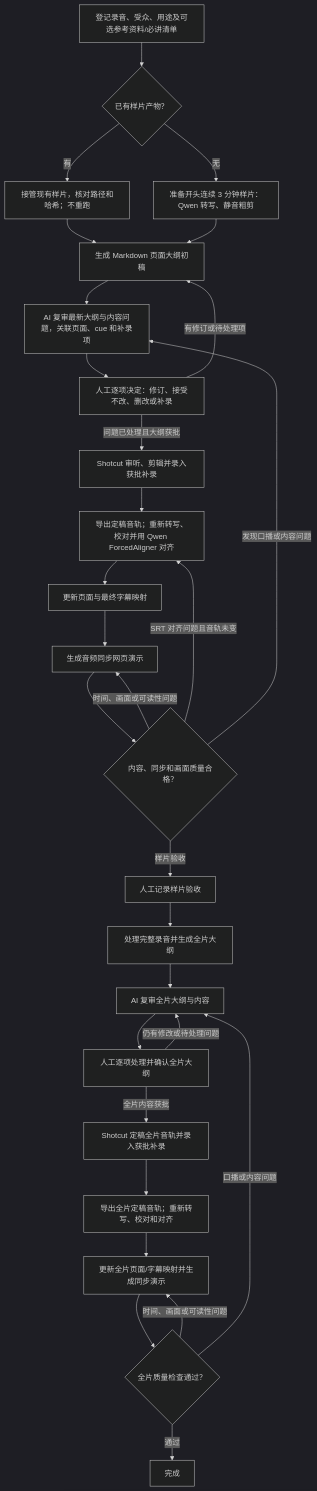
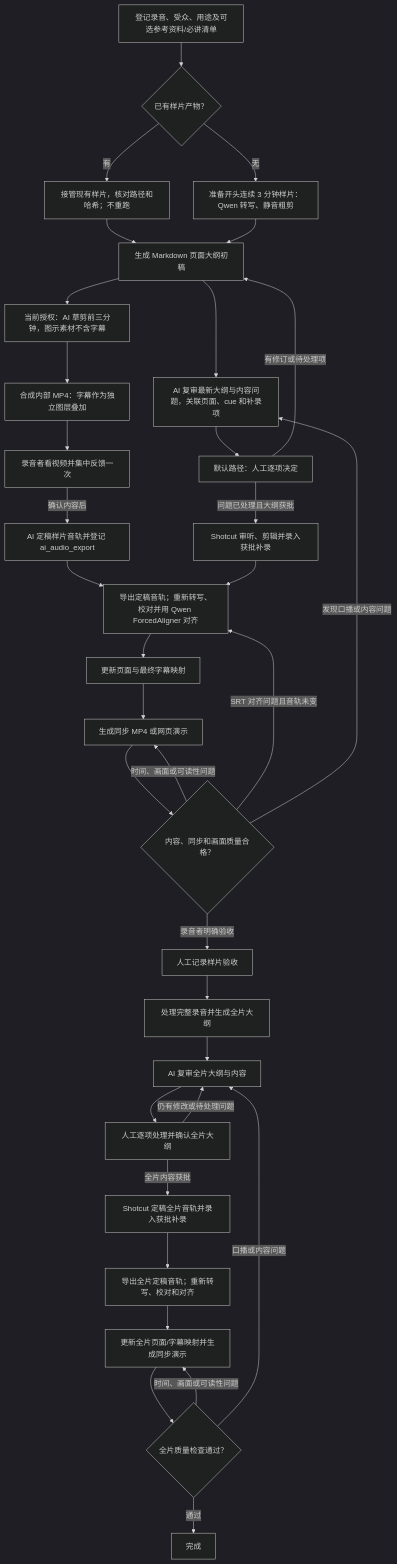
One commit to shiphex/SDD changed the diagram in .agent/skills/video-workflow/references/音频优先讲解视频工作流图.md. Above: the diagram before and after it, drawn with Mermaid (dark theme). The commit also changed other lines of this file and 12 other files, not shown here.

```diff
--- a/.agent/skills/video-workflow/references/音频优先讲解视频工作流图.md
+++ b/.agent/skills/video-workflow/references/音频优先讲解视频工作流图.md
@@ -5,31 +5,36 @@
 ~~~mermaid
 flowchart TD
     A["登记录音、受众、用途及可选参考资料/必讲清单"] --> B{"已有样片产物？"}
     B -->|有| C["接管现有样片，核对路径和哈希；不重跑"]
     B -->|无| D["准备开头连续 3 分钟样片：Qwen 转写、静音粗剪"]
     C --> E["生成 Markdown 页面大纲初稿"]
     D --> E
     E --> F["AI 复审最新大纲与内容问题，关联页面、cue 和补录项"]
-    F --> G["人工逐项决定：修订、接受不改、删改或补录"]
+    F --> G["默认路径：人工逐项决定"]
     G -->|有修订或待处理项| E
     G -->|问题已处理且大纲获批| H["Shotcut 审听、剪辑并录入获批补录"]
+    E --> V["当前授权：AI 草剪前三分钟，图示素材不含字幕"]
+    V --> W["合成内部 MP4：字幕作为独立图层叠加"]
+    W --> X["录音者看视频并集中反馈一次"]
+    X -->|确认内容后| Y["AI 定稿样片音轨并登记 ai_audio_export"]
+    Y --> I
     H --> I["导出定稿音轨；重新转写、校对并用 Qwen ForcedAligner 对齐"]
     I --> J["更新页面与最终字幕映射"]
-    J --> K["生成音频同步网页演示"]
+    J --> K["生成同步 MP4 或网页演示"]
     K --> L{"内容、同步和画面质量合格？"}
     L -->|时间、画面或可读性问题| K
     L -->|SRT 对齐问题且音轨未变| I
     L -->|发现口播或内容问题| F
-    L -->|样片验收| M["人工记录样片验收"]
+    L -->|录音者明确验收| M["人工记录样片验收"]
     M --> N["处理完整录音并生成全片大纲"]
     N --> O["AI 复审全片大纲与内容"]
     O --> P["人工逐项处理并确认全片大纲"]
     P -->|仍有修改或待处理问题| O
     P -->|全片内容获批| Q["Shotcut 定稿全片音轨并录入获批补录"]
     Q --> R["导出全片定稿音轨；重新转写、校对和对齐"]
     R --> S["更新全片页面/字幕映射并生成同步演示"]
     S --> T{"全片质量检查通过？"}
     T -->|时间、画面或可读性问题| S
     T -->|口播或内容问题| O
     T -->|通过| U["完成"]
 ~~~
```
